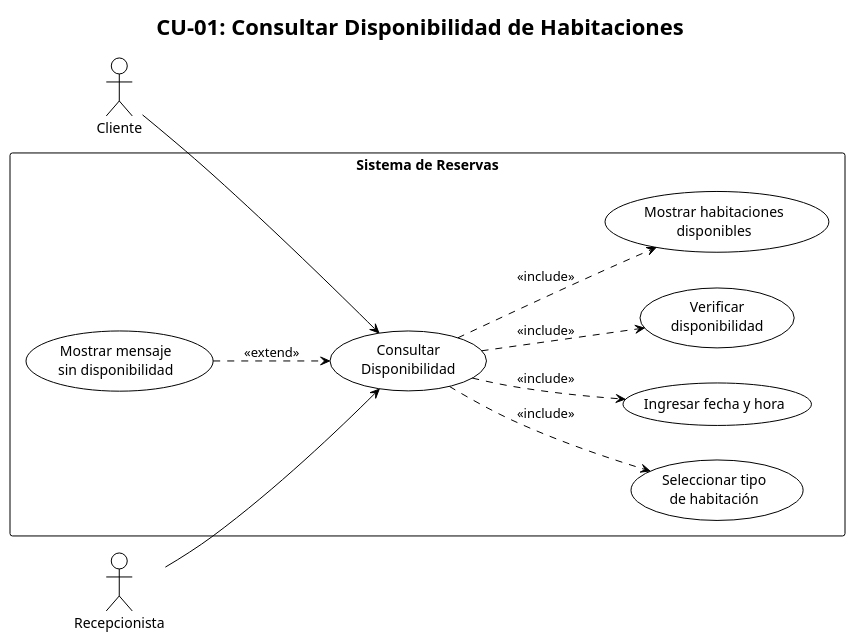
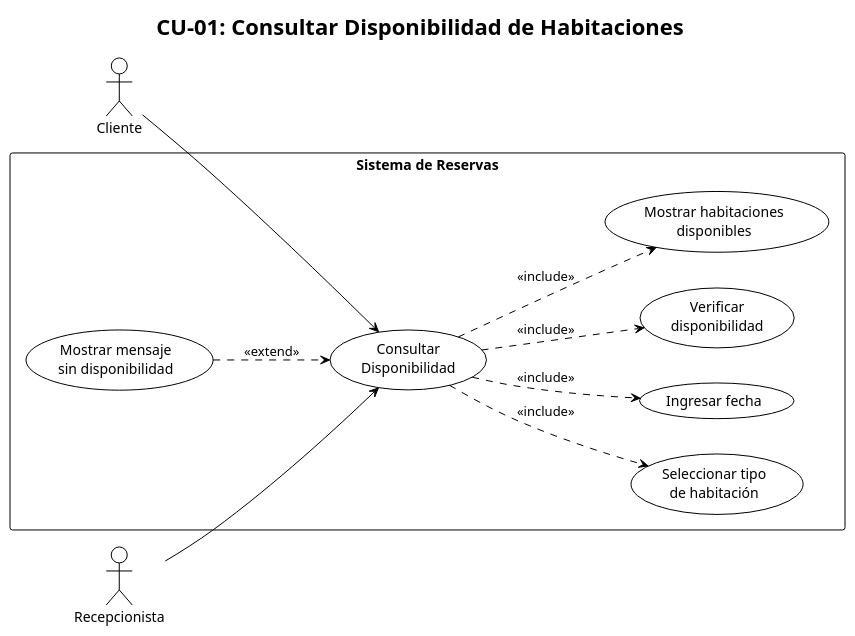
Before and after one commit to Tsmrain/GestionSistemas: the diagram in UML RESIDENCIAL/CU-01-Consultar-Disponibilidad/CU-01_Caso_de_Uso.puml, drawn with PlantUML. The commit also changed 55 other files, not shown here.

```diff
--- a/UML RESIDENCIAL/CU-01-Consultar-Disponibilidad/CU-01_Caso_de_Uso.puml
+++ b/UML RESIDENCIAL/CU-01-Consultar-Disponibilidad/CU-01_Caso_de_Uso.puml
@@ -1,30 +1,30 @@
 @startuml CU-01_Caso_de_Uso
 !theme plain
 title CU-01: Consultar Disponibilidad de Habitaciones
 left to right direction
 
 actor "Cliente" as Cliente
 actor "Recepcionista" as Recepcionista
 
 rectangle "Sistema de Reservas" {
     usecase "Consultar\nDisponibilidad" as CU01
     usecase "Seleccionar tipo\nde habitación" as UC1
-    usecase "Ingresar fecha y hora" as UC2
+    usecase "Ingresar fecha" as UC2
     usecase "Verificar\ndisponibilidad" as UC3
     usecase "Mostrar habitaciones\ndisponibles" as UC4
     usecase "Mostrar mensaje\nsin disponibilidad" as UC5
 }
 
 Cliente --> CU01
 Recepcionista --> CU01
 
 ' Pasos obligatorios (Inclusión)
 CU01 ..> UC1 : <<include>>
 CU01 ..> UC2 : <<include>>
 CU01 ..> UC3 : <<include>>
 CU01 ..> UC4 : <<include>>
 
 ' Caso alternativo (Extensión)
 UC5 ..> CU01 : <<extend>>
 
 @enduml
```
